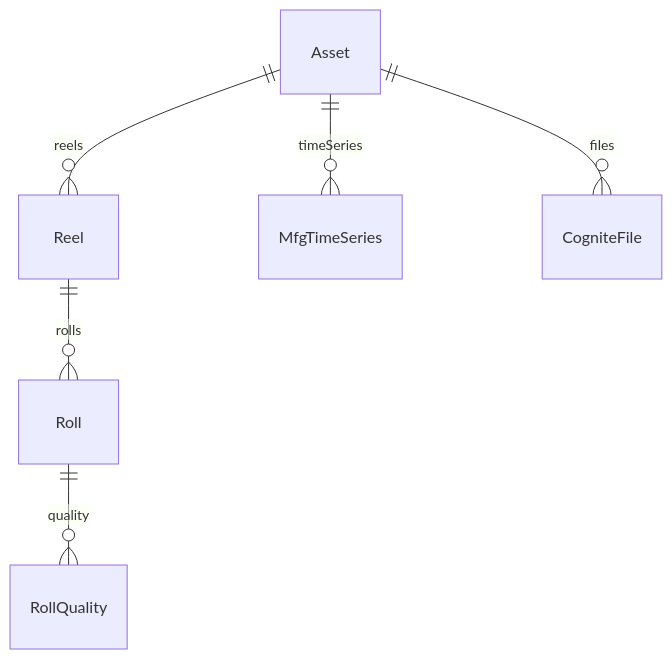
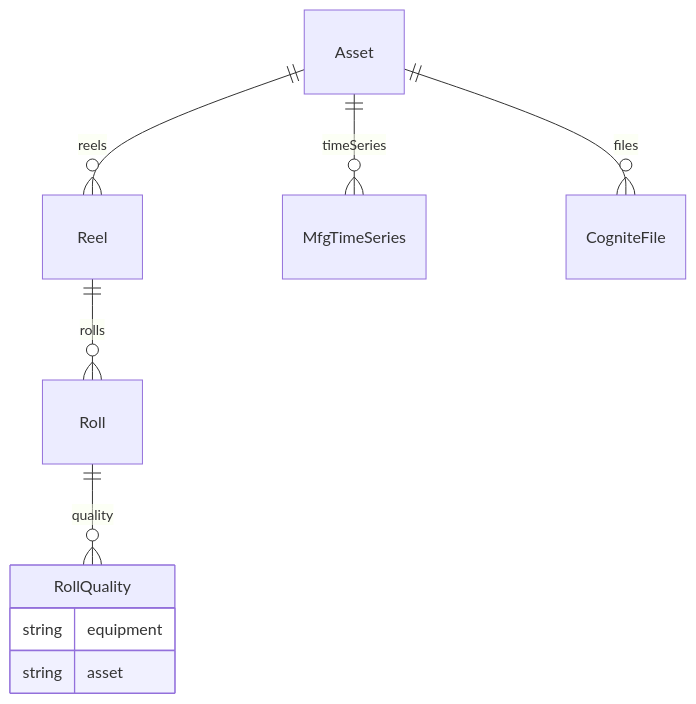
One commit to fbarsoba-cognite/sylvamo-project-documentation changed the first of 3 diagrams in docs/reference/data-model/MFG_CORE_WITH_EQUIPMENT.md. Above: the diagram before and after it, drawn with Mermaid. The commit also changed other lines of this file, not shown here.

First line of the commit message:
docs: Add Equipment container approach for quality linkage

````diff
--- a/docs/reference/data-model/MFG_CORE_WITH_EQUIPMENT.md
+++ b/docs/reference/data-model/MFG_CORE_WITH_EQUIPMENT.md
@@ -13,8 +13,12 @@
 ```mermaid
 erDiagram
     Asset ||--o{ Reel : reels
     Asset ||--o{ MfgTimeSeries : timeSeries
     Asset ||--o{ CogniteFile : files
     Reel ||--o{ Roll : rolls
     Roll ||--o{ RollQuality : quality
+    RollQuality {
+        string equipment
+        string asset
+    }
 ```
````
